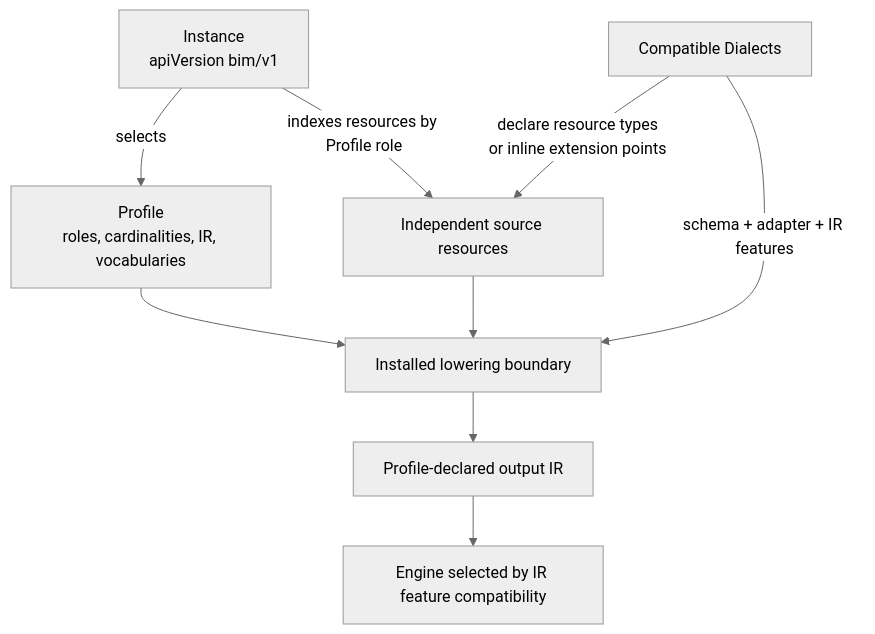
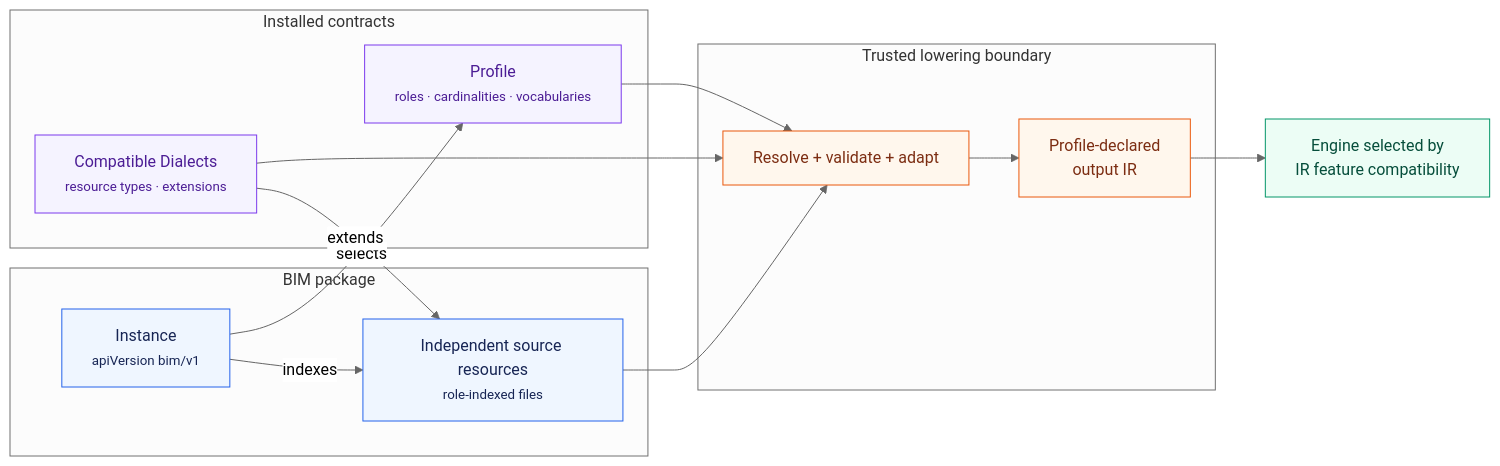
One commit to isa-group/OpenBinding changed the diagram in docs/BIM_V1.md. Above: the diagram before and after it, drawn with Mermaid (neutral theme). The commit also changed other lines of this file and 2 other files, not shown here.

Commit message:
docs(bim): add interactive architecture map

````diff
--- a/docs/BIM_V1.md
+++ b/docs/BIM_V1.md
@@ -24,11 +26,28 @@
 ```mermaid
-flowchart TB
-  I["Instance<br/>apiVersion bim/v1"] -->|"selects"| P["Profile<br/>roles, cardinalities, IR, vocabularies"]
-  I -->|"indexes resources by Profile role"| R["Independent source resources"]
-  D["Compatible Dialects"] -->|"declare resource types<br/>or inline extension points"| R
-  D -->|"schema + adapter + IR features"| A["Installed lowering boundary"]
-  P --> A
-  R --> A
-  A --> O["Profile-declared output IR"]
-  O --> E["Engine selected by IR feature compatibility"]
+flowchart LR
+  subgraph Package["BIM package"]
+    I["Instance<br/><small>apiVersion bim/v1</small>"]
+    R["Independent source resources<br/><small>role-indexed files</small>"]
+  end
+  subgraph Contracts["Installed contracts"]
+    P["Profile<br/><small>roles · cardinalities · vocabularies</small>"]
+    D["Compatible Dialects<br/><small>resource types · extensions</small>"]
+  end
+  subgraph Lowering["Trusted lowering boundary"]
+    A["Resolve + validate + adapt"]
+    O["Profile-declared<br/>output IR"]
+  end
+  E["Engine selected by<br/>IR feature compatibility"]
+  I -->|"selects"| P
+  I -->|"indexes"| R
+  D -->|"extends"| R
+  P & D & R --> A --> O --> E
+  classDef package fill:#eff6ff,stroke:#2563eb,color:#172554
+  classDef contract fill:#f5f3ff,stroke:#7c3aed,color:#4c1d95
+  classDef boundary fill:#fff7ed,stroke:#ea580c,color:#7c2d12
+  classDef engine fill:#ecfdf5,stroke:#059669,color:#064e3b
+  class I,R package
+  class P,D contract
+  class A,O boundary
+  class E engine
 ```
````
